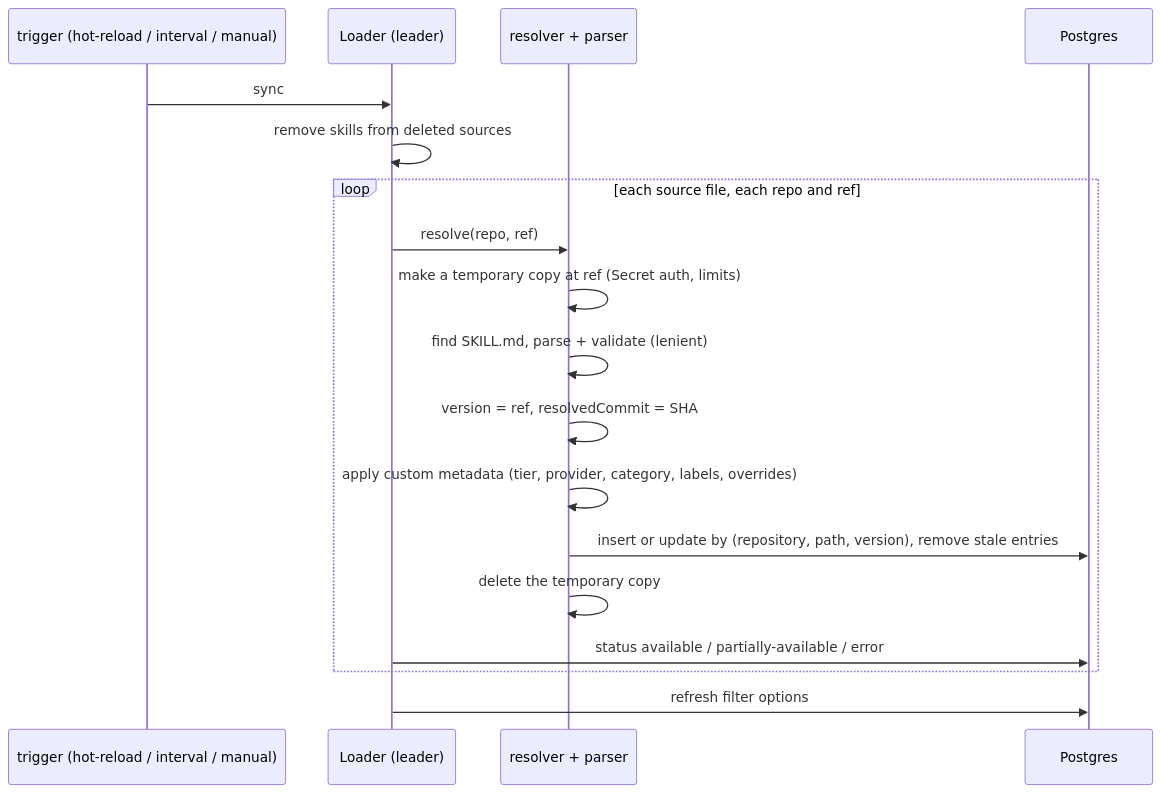
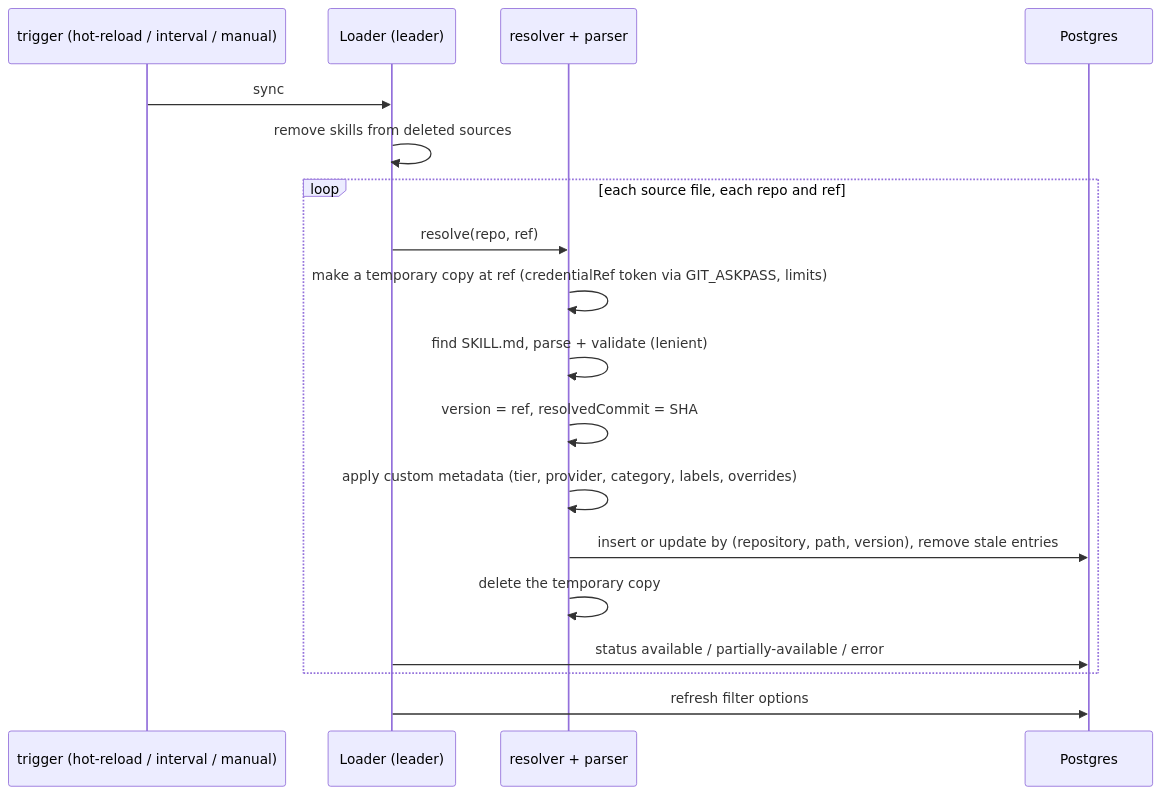
One commit to red-hat-data-services/model-registry changed the fourth of 7 diagrams in proposals/KEP-0005-skills-catalog/skill-catalog-architecture.md. Above: the diagram before and after it, drawn with Mermaid. The commit also changed other lines of this file and 8 other files, not shown here.

````diff
--- a/proposals/KEP-0005-skills-catalog/skill-catalog-architecture.md
+++ b/proposals/KEP-0005-skills-catalog/skill-catalog-architecture.md
@@ -68,20 +68,20 @@
 ```mermaid
 sequenceDiagram
     participant C as trigger (hot-reload / interval / manual)
     participant L as Loader (leader)
     participant R as resolver + parser
     participant DB as Postgres
     C->>L: sync
     L->>L: remove skills from deleted sources
     loop each source file, each repo and ref
         L->>R: resolve(repo, ref)
-        R->>R: make a temporary copy at ref (Secret auth, limits)
+        R->>R: make a temporary copy at ref (credentialRef token via GIT_ASKPASS, limits)
         R->>R: find SKILL.md, parse + validate (lenient)
         R->>R: version = ref, resolvedCommit = SHA
         R->>R: apply custom metadata (tier, provider, category, labels, overrides)
         R->>DB: insert or update by (repository, path, version), remove stale entries
         R->>R: delete the temporary copy
         L->>DB: status available / partially-available / error
     end
     L->>DB: refresh filter options
 ```
````
